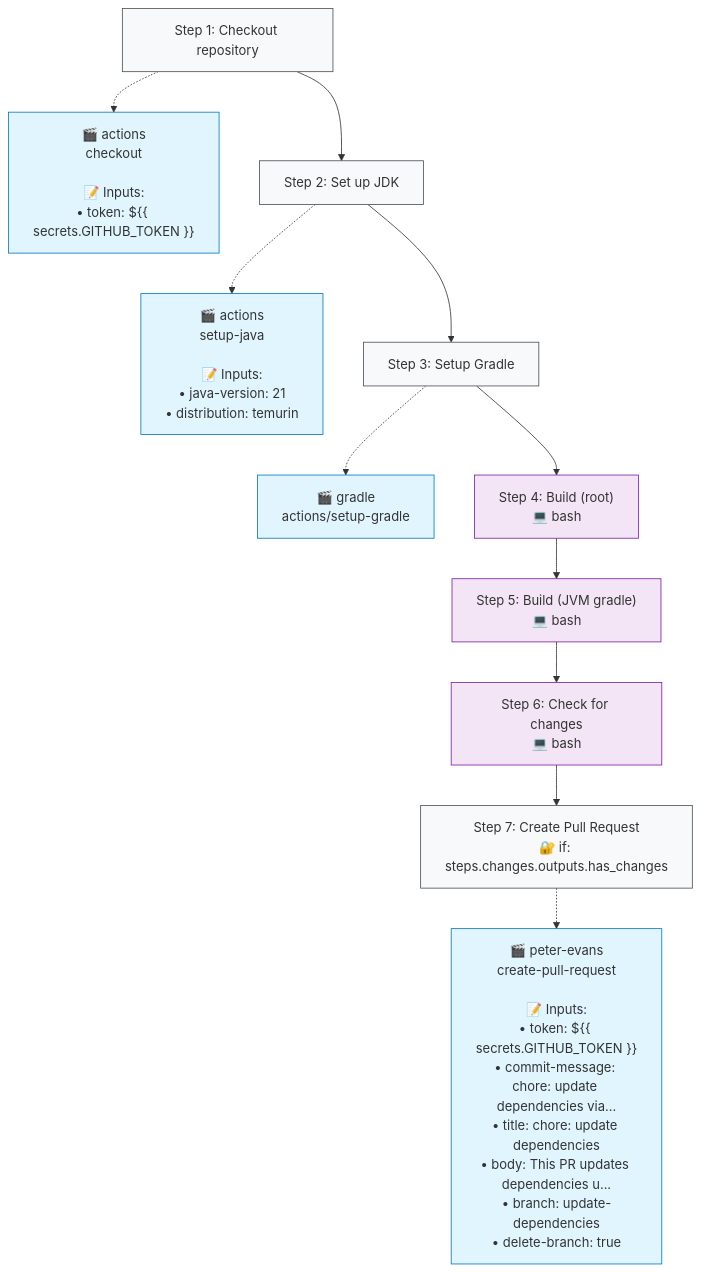
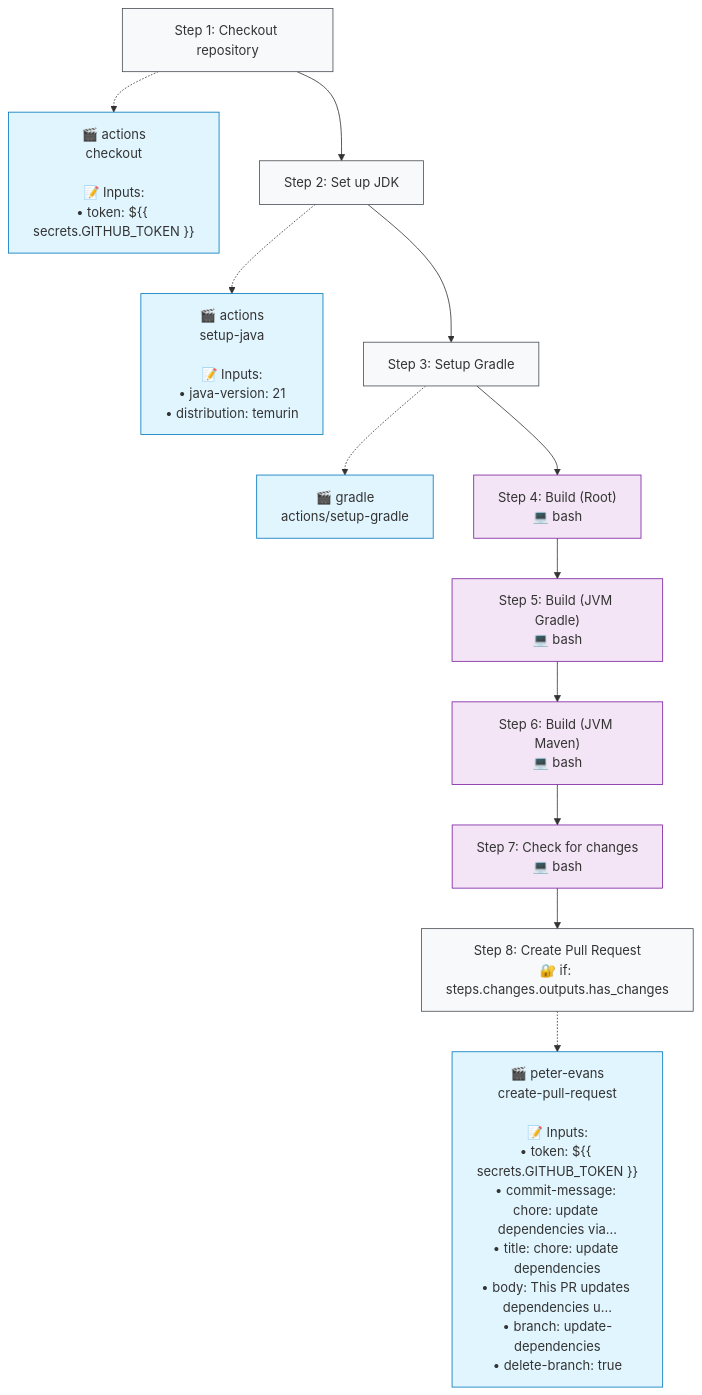
One commit to typeflows/typeflows changed the second of 2 diagrams in .github/typeflows/update-dependencies/README.md. Above: the diagram before and after it, drawn with Mermaid. The commit also changed 1 other file, not shown here.

Commit message:
Add new section to upgrade dependencies job

````diff
--- a/.github/typeflows/update-dependencies/README.md
+++ b/.github/typeflows/update-dependencies/README.md
@@ -23,36 +23,39 @@
 ```mermaid
 %%{init: {"flowchart": {"curve": "basis"}}}%%
 flowchart TD
     step1["Step 1: Checkout repository"]
     style step1 fill:#f8f9fa,stroke:#495057
     action1["🎬 actions<br/>checkout<br/><br/>📝 Inputs:<br/>• token: ${{ secrets.GITHUB_TOKEN }}"]
     style action1 fill:#e1f5fe,stroke:#0277bd
     step1 -.-> action1
     step2["Step 2: Set up JDK"]
     style step2 fill:#f8f9fa,stroke:#495057
     action2["🎬 actions<br/>setup-java<br/><br/>📝 Inputs:<br/>• java-version: 21<br/>• distribution: temurin"]
     style action2 fill:#e1f5fe,stroke:#0277bd
     step2 -.-> action2
     step1 --> step2
     step3["Step 3: Setup Gradle"]
     style step3 fill:#f8f9fa,stroke:#495057
     action3["🎬 gradle<br/>actions/setup-gradle"]
     style action3 fill:#e1f5fe,stroke:#0277bd
     step3 -.-> action3
     step2 --> step3
-    step4["Step 4: Build (root)<br/>💻 bash"]
+    step4["Step 4: Build (Root)<br/>💻 bash"]
     style step4 fill:#f3e5f5,stroke:#7b1fa2
     step3 --> step4
-    step5["Step 5: Build (JVM gradle)<br/>💻 bash"]
+    step5["Step 5: Build (JVM Gradle)<br/>💻 bash"]
     style step5 fill:#f3e5f5,stroke:#7b1fa2
     step4 --> step5
-    step6["Step 6: Check for changes<br/>💻 bash"]
+    step6["Step 6: Build (JVM Maven)<br/>💻 bash"]
     style step6 fill:#f3e5f5,stroke:#7b1fa2
     step5 --> step6
-    step7["Step 7: Create Pull Request<br/>🔐 if: steps.changes.outputs.has_changes"]
-    style step7 fill:#f8f9fa,stroke:#495057
-    action7["🎬 peter-evans<br/>create-pull-request<br/><br/>📝 Inputs:<br/>• token: ${{ secrets.GITHUB_TOKEN }}<br/>• commit-message: chore: update dependencies via...<br/>• title: chore: update dependencies<br/>• body: This PR updates dependencies u...<br/>• branch: update-dependencies<br/>• delete-branch: true"]
-    style action7 fill:#e1f5fe,stroke:#0277bd
-    step7 -.-> action7
+    step7["Step 7: Check for changes<br/>💻 bash"]
+    style step7 fill:#f3e5f5,stroke:#7b1fa2
     step6 --> step7
+    step8["Step 8: Create Pull Request<br/>🔐 if: steps.changes.outputs.has_changes"]
+    style step8 fill:#f8f9fa,stroke:#495057
+    action8["🎬 peter-evans<br/>create-pull-request<br/><br/>📝 Inputs:<br/>• token: ${{ secrets.GITHUB_TOKEN }}<br/>• commit-message: chore: update dependencies via...<br/>• title: chore: update dependencies<br/>• body: This PR updates dependencies u...<br/>• branch: update-dependencies<br/>• delete-branch: true"]
+    style action8 fill:#e1f5fe,stroke:#0277bd
+    step8 -.-> action8
+    step7 --> step8
 ```
````
